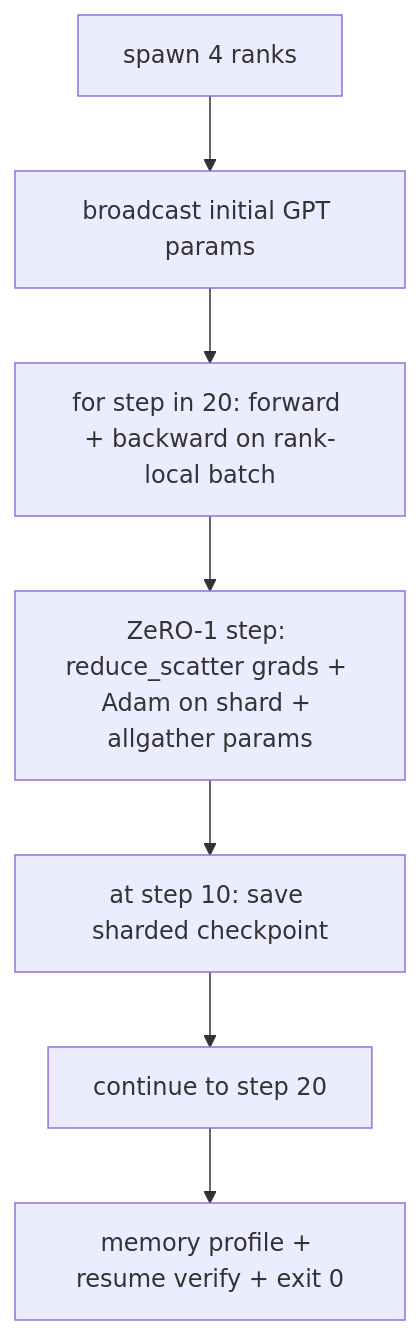
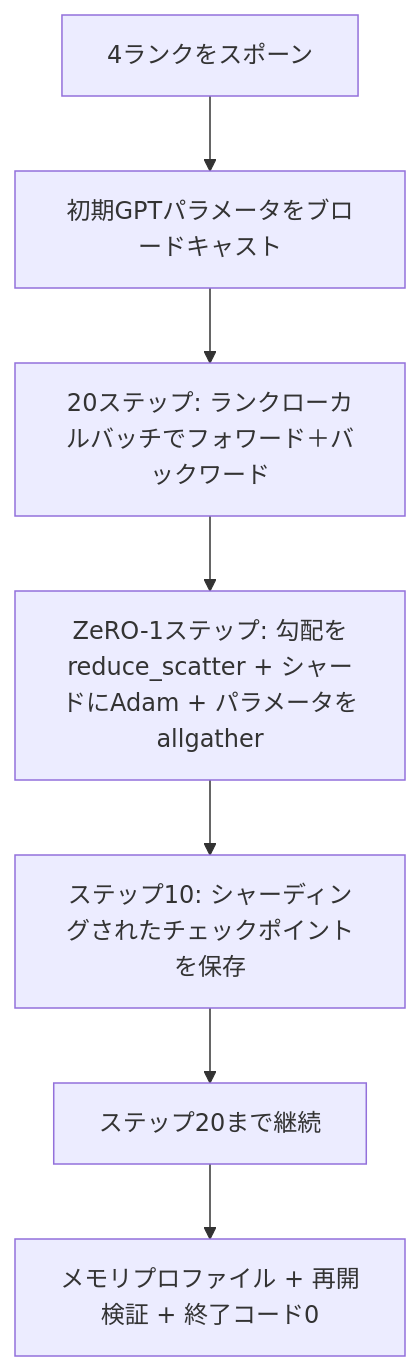
The diagram in content/phases/19-capstone-projects/81-end-to-end-distributed-train/lesson.ja.md (shoshoshomen/synapse-academy), drawn with Mermaid before and after one commit. The commit also changed 124 other files, not shown here.

First line of the commit message:
feat(i18n): mermaid図のラベルを日本語化(194レッスン/374図)

````diff
--- a/content/phases/19-capstone-projects/81-end-to-end-distributed-train/lesson.ja.md
+++ b/content/phases/19-capstone-projects/81-end-to-end-distributed-train/lesson.ja.md
@@ -21,9 +21,9 @@
 ```mermaid
 flowchart TB
-  A[spawn 4 ranks] --> B[broadcast initial GPT params]
-  B --> C[for step in 20: forward + backward on rank-local batch]
-  C --> D[ZeRO-1 step: reduce_scatter grads + Adam on shard + allgather params]
-  D --> E[at step 10: save sharded checkpoint]
-  E --> F[continue to step 20]
-  F --> G[memory profile + resume verify + exit 0]
+  A["4ランクをスポーン"] --> B["初期GPTパラメータをブロードキャスト"]
+  B --> C["20ステップ: ランクローカルバッチでフォワード＋バックワード"]
+  C --> D["ZeRO-1ステップ: 勾配をreduce_scatter + シャードにAdam + パラメータをallgather"]
+  D --> E["ステップ10: シャーディングされたチェックポイントを保存"]
+  E --> F["ステップ20まで継続"]
+  F --> G["メモリプロファイル + 再開検証 + 終了コード0"]
 ```
````
